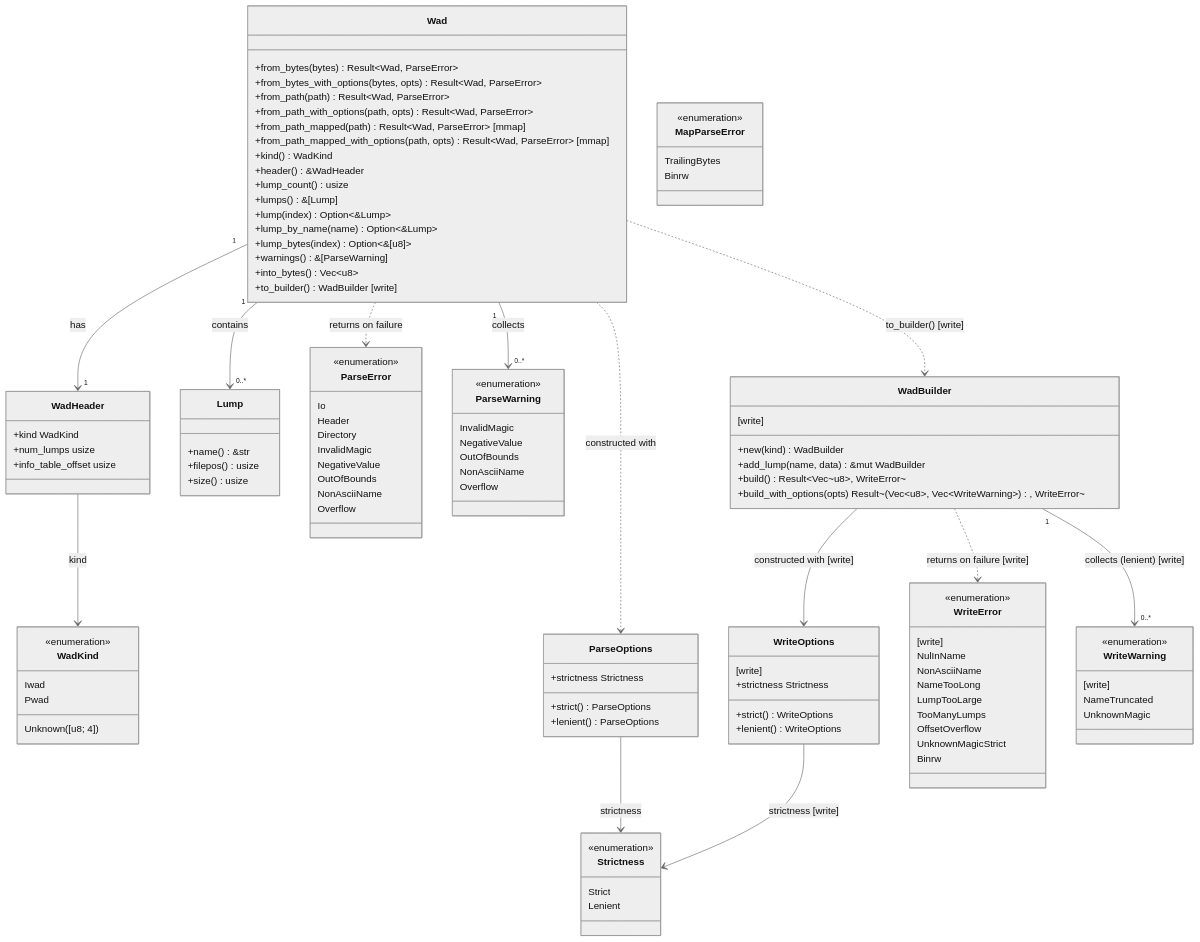
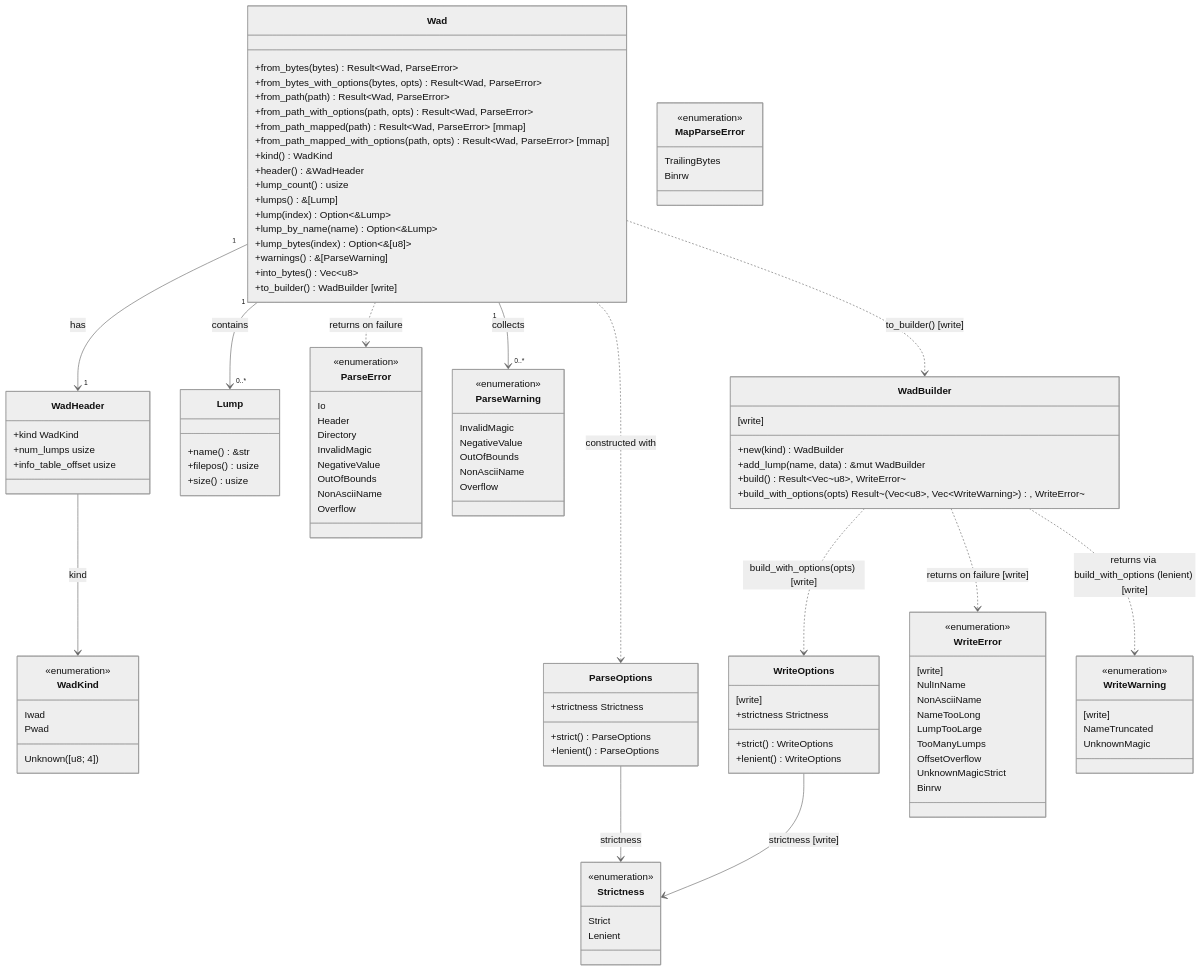
Before and after one commit to masriamir/crustywad: the second of 2 diagrams in docs/diagrams/data-model.md, drawn with Mermaid (neutral theme). The commit also changed 1 other file, not shown here.

Commit message:
docs(design): correct write-path magic and warning-ownership wording

````diff
--- a/docs/diagrams/data-model.md
+++ b/docs/diagrams/data-model.md
@@ -140,8 +140,8 @@
     Wad ..> ParseOptions : constructed with
     Wad ..> ParseError : returns on failure
     Wad ..> WadBuilder : to_builder() [write]
-    WadBuilder --> WriteOptions : constructed with [write]
+    WadBuilder ..> WriteOptions : build_with_options(opts) [write]
     WadBuilder ..> WriteError : returns on failure [write]
-    WadBuilder "1" --> "0..*" WriteWarning : collects (lenient) [write]
+    WadBuilder ..> WriteWarning : returns via build_with_options (lenient) [write]
     WriteOptions --> Strictness : strictness [write]
 ```
````
